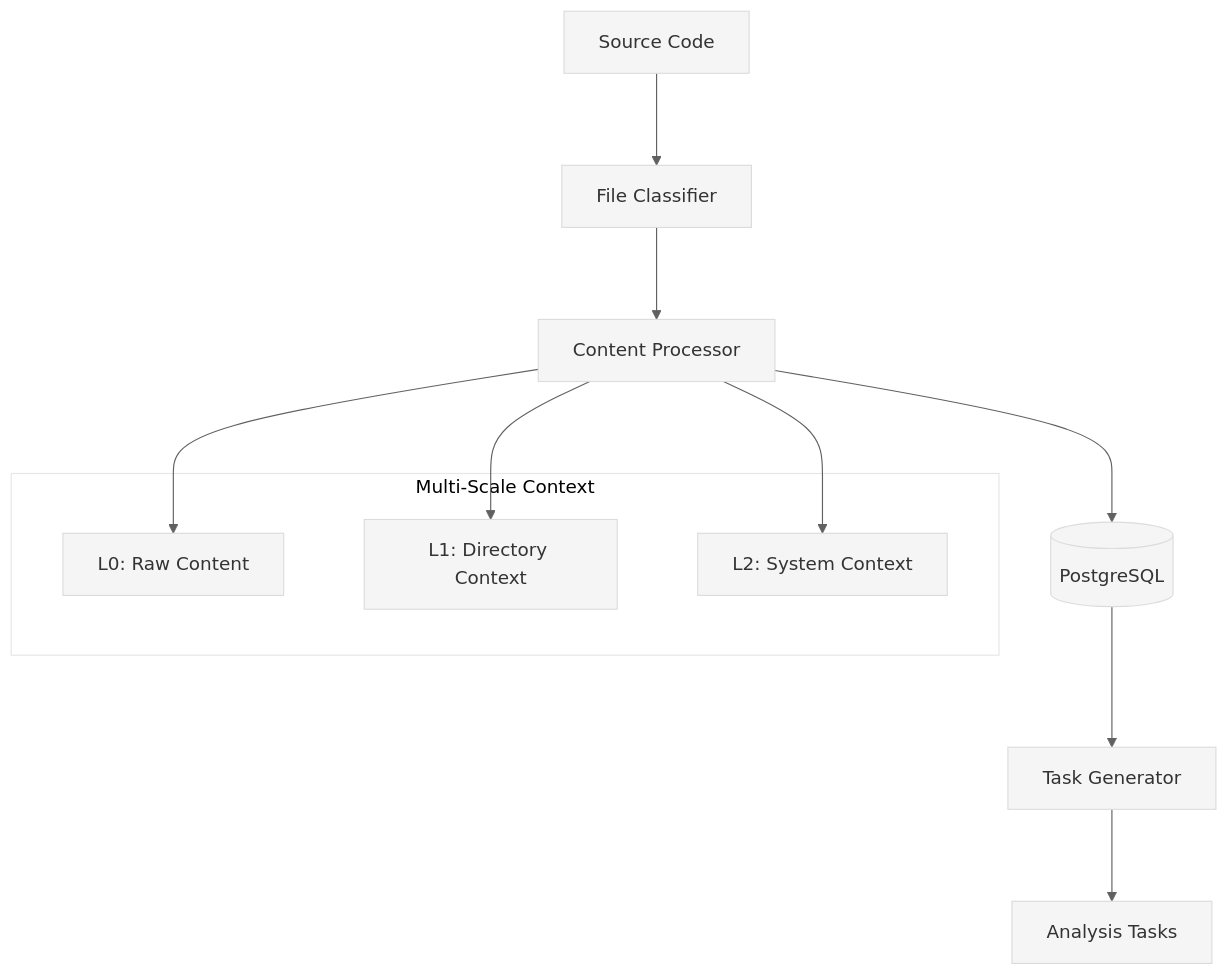
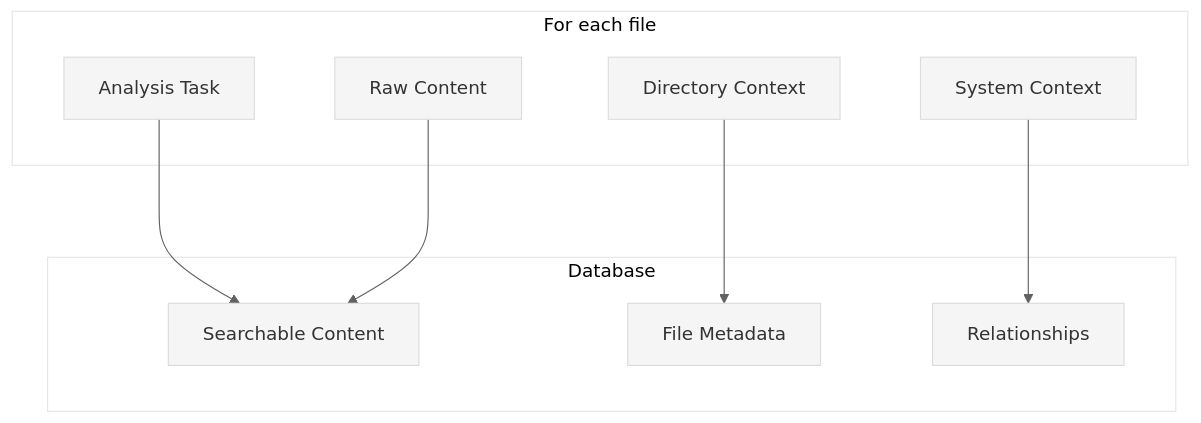
The second of 2 diagrams in README.md (that-in-rust/pensieve-local-llm-server), drawn with Mermaid before and after one commit. The commit also changed other lines of this file and 2 other files, not shown here.

````diff
--- a/README.md
+++ b/README.md
@@ -35,37 +125,39 @@
 ```mermaid
 %%{init: {
   "theme": "base",
   "themeVariables": {
     "primaryColor": "#F5F5F5",
     "secondaryColor": "#E0E0E0",
     "lineColor": "#616161",
     "textColor": "#212121",
     "fontSize": "16px",
     "fontFamily": "Helvetica, Arial, sans-serif"
   },
   "flowchart": {
     "nodeSpacing": 70,
     "rankSpacing": 80,
     "wrappingWidth": 160,
     "curve": "basis"
   },
   "useMaxWidth": false
 }}%%
 
 flowchart TD
-    A[Source Code] --> B[File Classifier]
-    B --> C[Content Processor]
-    C --> D[(PostgreSQL)]
-    D --> E[Task Generator]
-    E --> F[Analysis Tasks]
-    
-    subgraph "Multi-Scale Context"
-        G[L0: Raw Content]
-        H[L1: Directory Context]
-        I[L2: System Context]
+    subgraph "For each file"
+        A[Analysis Task]
+        B[Raw Content]
+        C[Directory Context]
+        D[System Context]
     end
     
-    C --> G
-    C --> H  
-    C --> I
+    subgraph "Database"
+        E[Searchable Content]
+        F[File Metadata]
+        G[Relationships]
+    end
+    
+    A --> E
+    B --> E
+    C --> F
+    D --> G
 ```
````
